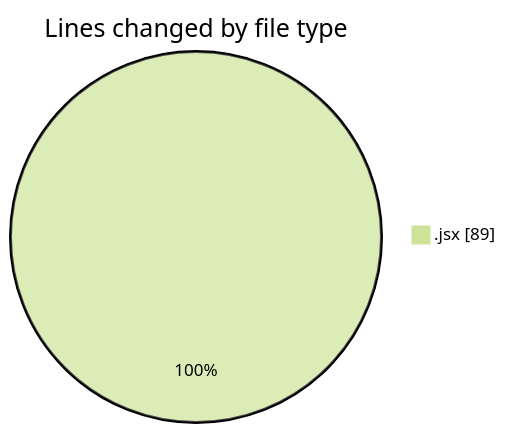
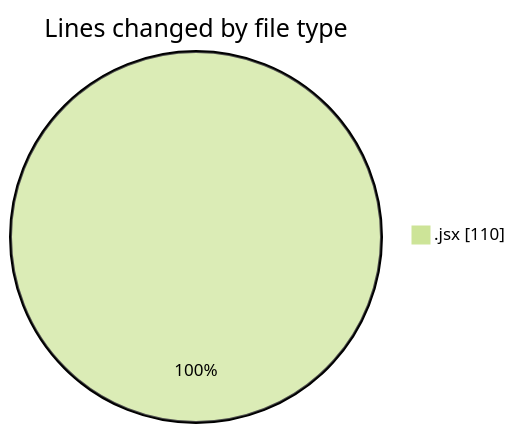
The first of 2 diagrams in 2025-01-29/react/README.md (Elitesun/code-tracking), drawn with Mermaid (forest theme) before and after one commit. The commit also changed other lines of this file and 1 other file, not shown here.

````diff
--- a/2025-01-29/react/README.md
+++ b/2025-01-29/react/README.md
@@ -25,5 +25,5 @@
 ```mermaid
 pie showData
 title Lines changed by file type
-".jsx" : 89
+".jsx" : 110
 ```
````
